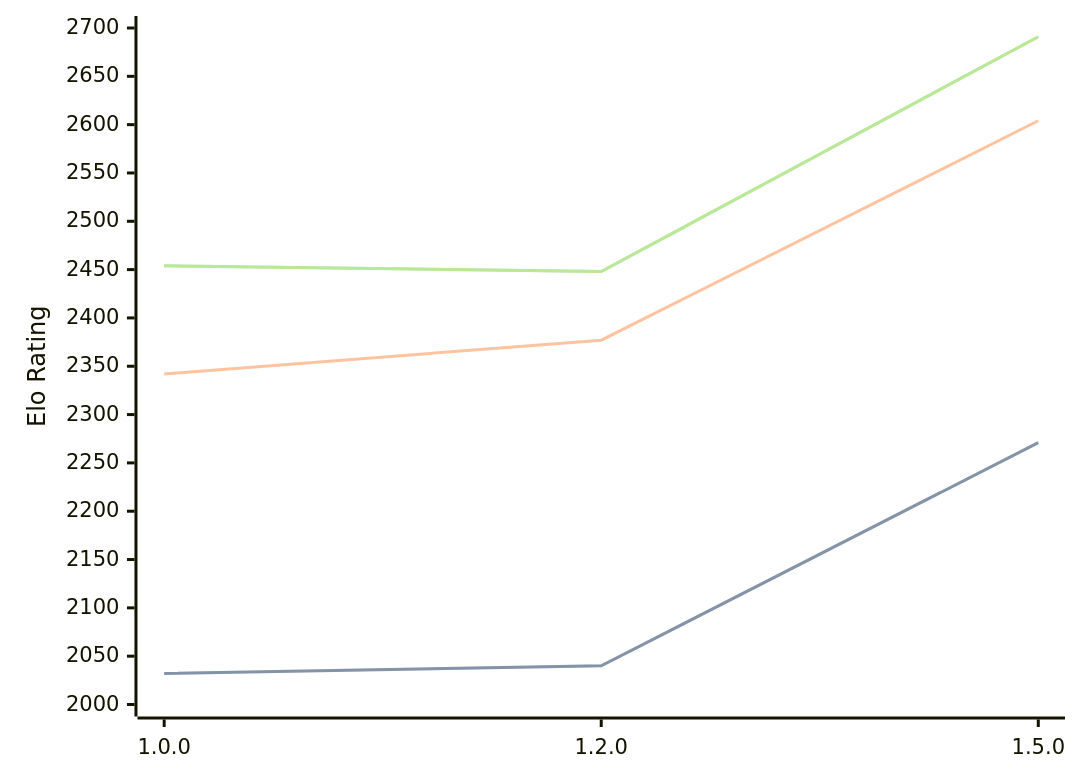
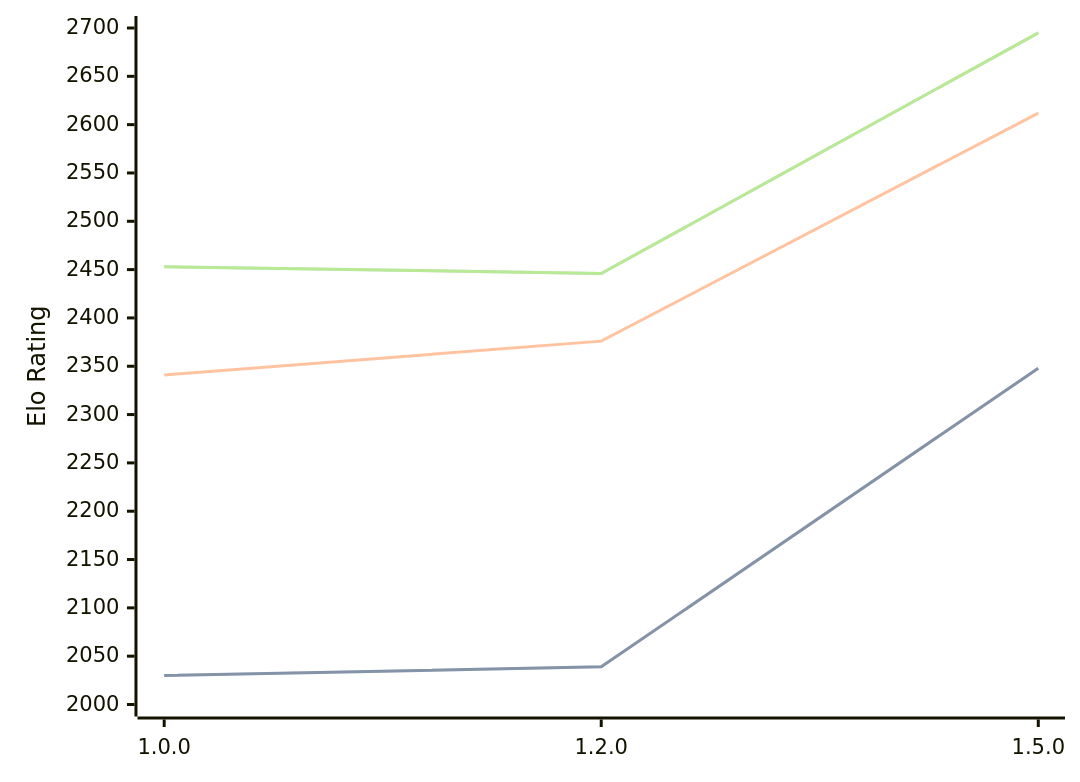
One commit to computer-chess-index/cci changed the diagram in engines/Basilisk.md. Above: the diagram before and after it, drawn with Mermaid. The commit also changed other lines of this file, not shown here.

Commit message:
Update CCI Ratings (ELO VLTC) - 2026-06-12

````diff
--- a/engines/Basilisk.md
+++ b/engines/Basilisk.md
@@ -48,11 +48,11 @@
 ```mermaid
 %%{init: {"theme":"base","themeVariables":{"seriesColors:['#a3a3a3','#222221','#faa371']}}}%%
 xychart-beta
   x-axis ["1.0.0", "1.2.0", "1.5.0"]
   y-axis "Elo Rating" 2000 --> 2700
-  line "STC (8.0+0.08s)" [2032, 2040, 2271]
-  line "STC (8.0+0.08s)" [2032, 2040, 2271]
-  line "LTC (60.0+0.60s)" [2342, 2377, 2604]
-  line "VLTC (2m24s+1.12s)" [2454, 2448, 2691]
-  line "VLTC (2m24s+1.12s)" [2454, 2448, 2691]
+  line "STC (8.0+0.08s)" [2030, 2039, 2348]
+  line "STC (8.0+0.08s)" [2030, 2039, 2348]
+  line "LTC (60.0+0.60s)" [2341, 2376, 2612]
+  line "VLTC (2m24s+1.12s)" [2453, 2446, 2695]
+  line "VLTC (2m24s+1.12s)" [2453, 2446, 2695]
 ```
````
